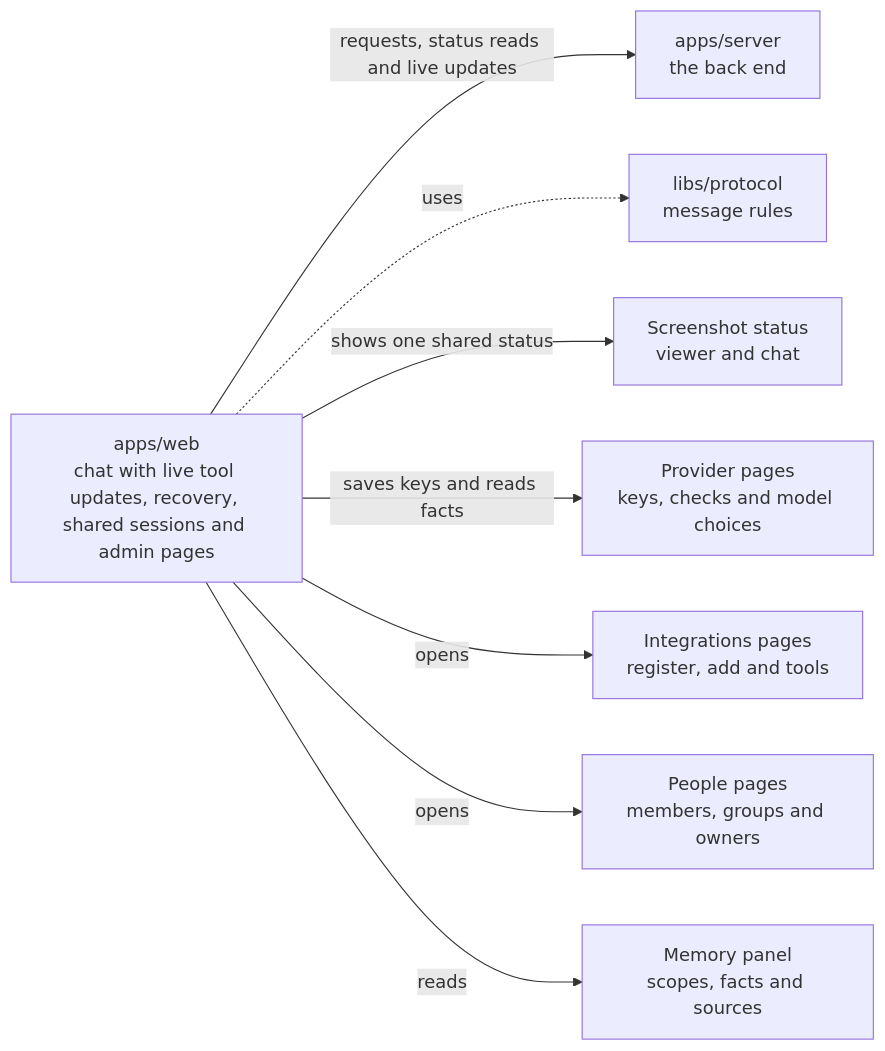
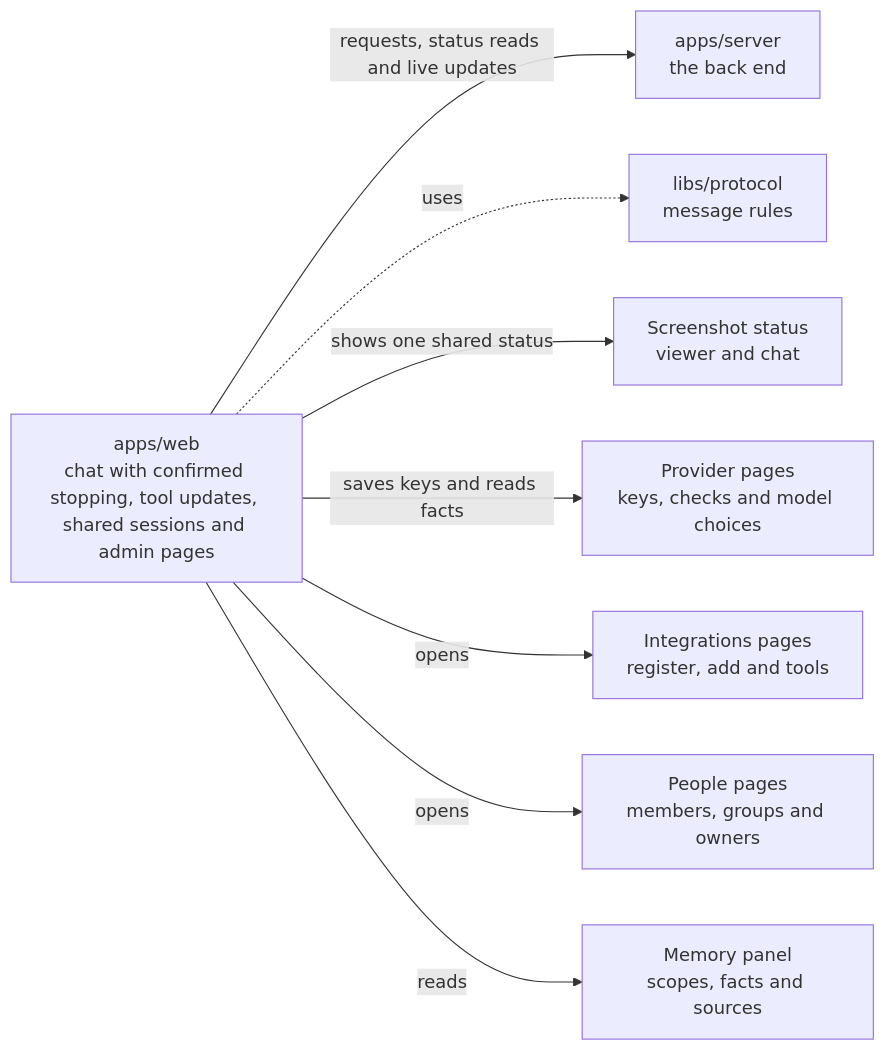
One commit to elewa-git/opencrane-new changed the diagram in apps/web/README.md. Above: the diagram before and after it, drawn with Mermaid. The commit also changed other lines of this file and 27 other files, not shown here.

````diff
--- a/apps/web/README.md
+++ b/apps/web/README.md
@@ -11,10 +11,10 @@
 ```mermaid
 flowchart LR
-  web["apps/web<br/>chat with live tool updates, recovery, shared sessions and admin pages"] -->|requests, status reads and live updates| server["apps/server<br/>the back end"]
+  web["apps/web<br/>chat with confirmed stopping, tool updates, shared sessions and admin pages"] -->|requests, status reads and live updates| server["apps/server<br/>the back end"]
   web -.->|uses| protocol["libs/protocol<br/>message rules"]
   web -->|shows one shared status| capture["Screenshot status<br/>viewer and chat"]
   web -->|saves keys and reads facts| providers["Provider pages<br/>keys, checks and model choices"]
   web -->|opens| integrations["Integrations pages<br/>register, add and tools"]
   web -->|opens| people["People pages<br/>members, groups and owners"]
   web -->|reads| memory["Memory panel<br/>scopes, facts and sources"]
 ```
````
